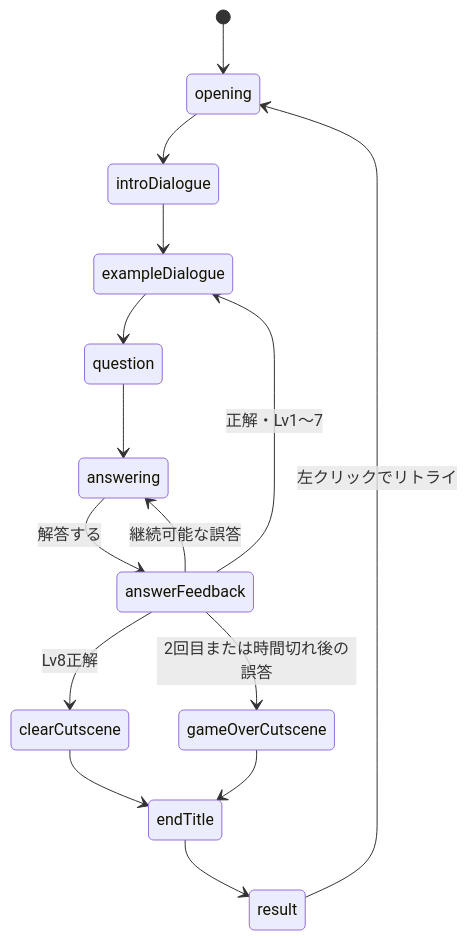
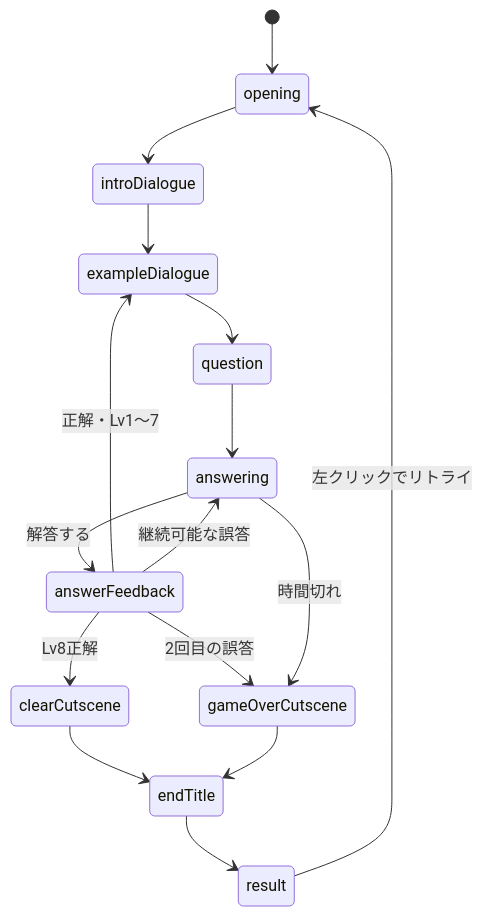
The second of 13 diagrams in docs/project-flow.md (lycanthr0pes/language-deciphering-game), drawn with Mermaid before and after one commit. The commit also changed other lines of this file and 40 other files, not shown here.

````diff
--- a/docs/project-flow.md
+++ b/docs/project-flow.md
@@ -47,17 +48,18 @@
 ```mermaid
 stateDiagram-v2
     [*] --> opening
     opening --> introDialogue
     introDialogue --> exampleDialogue
     exampleDialogue --> question
     question --> answering
     answering --> answerFeedback: 解答する
     answerFeedback --> exampleDialogue: 正解・Lv1〜7
     answerFeedback --> answering: 継続可能な誤答
     answerFeedback --> clearCutscene: Lv8正解
-    answerFeedback --> gameOverCutscene: 2回目または時間切れ後の誤答
+    answerFeedback --> gameOverCutscene: 2回目の誤答
+    answering --> gameOverCutscene: 時間切れ
     clearCutscene --> endTitle
     gameOverCutscene --> endTitle
     endTitle --> result
     result --> opening: 左クリックでリトライ
 ```
````
